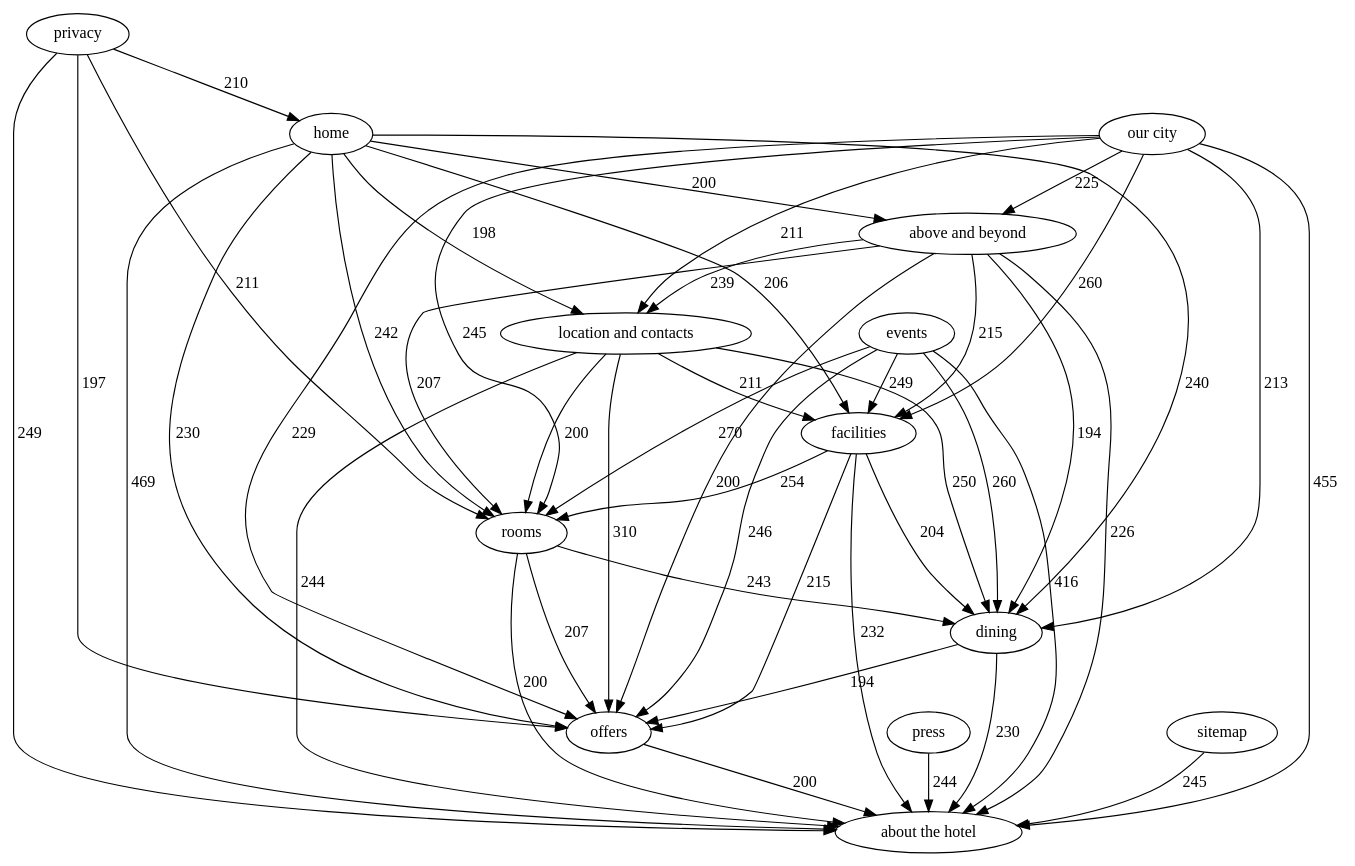
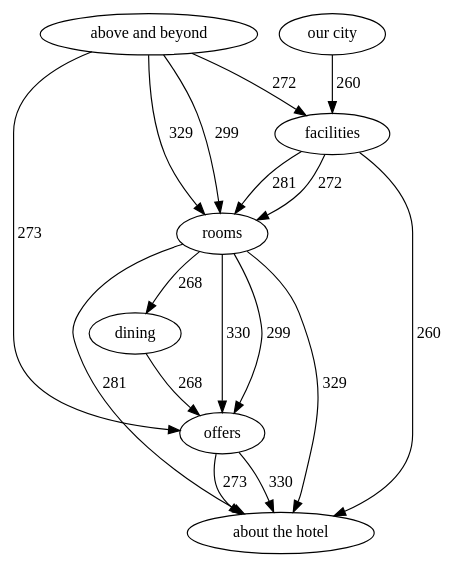
Before and after one commit to alexcu/sit742-a2-report: the diagram in dot/us_requests.dot, drawn with Graphviz. The commit also changed 17 other files, not shown here.

Commit message:
Update dot diagrams to percentile and support-curated

```diff
--- a/dot/us_requests.dot
+++ b/dot/us_requests.dot
@@ -1,62 +1,26 @@
-strict digraph "" {
+digraph "" {
 layout="dot";
-privacy;
 facilities;
 "about the hotel";
 dining;
 offers;
 rooms;
-home;
-press;
+"our city";
 "above and beyond";
-"location and contacts";
-events;
-sitemap;
-"our city";
-privacy -> home  [label=210, weight=210];
-privacy -> offers  [label=197, weight=197];
-privacy -> rooms  [label=211, weight=211];
-privacy -> "about the hotel"  [label=249, weight=249];
-facilities -> dining  [label=204, weight=204];
-facilities -> offers  [label=215, weight=215];
-facilities -> rooms  [label=254, weight=254];
-facilities -> "about the hotel"  [label=232, weight=232];
-dining -> offers  [label=194, weight=194];
-dining -> "about the hotel"  [label=230, weight=230];
-offers -> "about the hotel"  [label=200, weight=200];
-rooms -> dining  [label=243, weight=243];
-rooms -> offers  [label=207, weight=207];
-rooms -> "about the hotel"  [label=200, weight=200];
-home -> facilities  [label=206, weight=206];
-home -> "about the hotel"  [label=469, weight=469];
-home -> dining  [label=240, weight=240];
-home -> offers  [label=230, weight=230];
-home -> rooms  [label=242, weight=242];
-home -> "above and beyond"  [label=200, weight=200];
-home -> "location and contacts"  [label=198, weight=198];
-press -> "about the hotel"  [label=244, weight=244];
-"above and beyond" -> facilities  [label=215, weight=215];
-"above and beyond" -> "about the hotel"  [label=226, weight=226];
-"above and beyond" -> dining  [label=194, weight=194];
-"above and beyond" -> offers  [label=200, weight=200];
-"above and beyond" -> rooms  [label=207, weight=207];
-"above and beyond" -> "location and contacts"  [label=239, weight=239];
-"location and contacts" -> dining  [label=250, weight=250];
-"location and contacts" -> facilities  [label=211, weight=211];
-"location and contacts" -> offers  [label=310, weight=310];
-"location and contacts" -> rooms  [label=200, weight=200];
-"location and contacts" -> "about the hotel"  [label=244, weight=244];
-events -> dining  [label=260, weight=260];
-events -> offers  [label=246, weight=246];
-events -> facilities  [label=249, weight=249];
-events -> rooms  [label=270, weight=270];
-events -> "about the hotel"  [label=416, weight=416];
-sitemap -> "about the hotel"  [label=245, weight=245];
-"our city" -> dining  [label=213, weight=213];
-"our city" -> "about the hotel"  [label=455, weight=455];
-"our city" -> facilities  [label=260, weight=260];
-"our city" -> offers  [label=229, weight=229];
-"our city" -> rooms  [label=245, weight=245];
-"our city" -> "above and beyond"  [label=225, weight=225];
-"our city" -> "location and contacts"  [label=211, weight=211];
+facilities -> rooms  [key=0, label=281, weight=281];
+facilities -> rooms  [key=1, label=272, weight=272];
+facilities -> "about the hotel"  [key=0, label=260, weight=260];
+dining -> offers  [key=0, label=268, weight=268];
+offers -> "about the hotel"  [key=0, label=330, weight=330];
+offers -> "about the hotel"  [key=1, label=273, weight=273];
+rooms -> dining  [key=0, label=268, weight=268];
+rooms -> offers  [key=0, label=330, weight=330];
+rooms -> offers  [key=1, label=299, weight=299];
+rooms -> "about the hotel"  [key=0, label=329, weight=329];
+rooms -> "about the hotel"  [key=1, label=281, weight=281];
+"our city" -> facilities  [key=0, label=260, weight=260];
+"above and beyond" -> facilities  [key=0, label=272, weight=272];
+"above and beyond" -> offers  [key=0, label=273, weight=273];
+"above and beyond" -> rooms  [key=0, label=329, weight=329];
+"above and beyond" -> rooms  [key=1, label=299, weight=299];
 }
```
